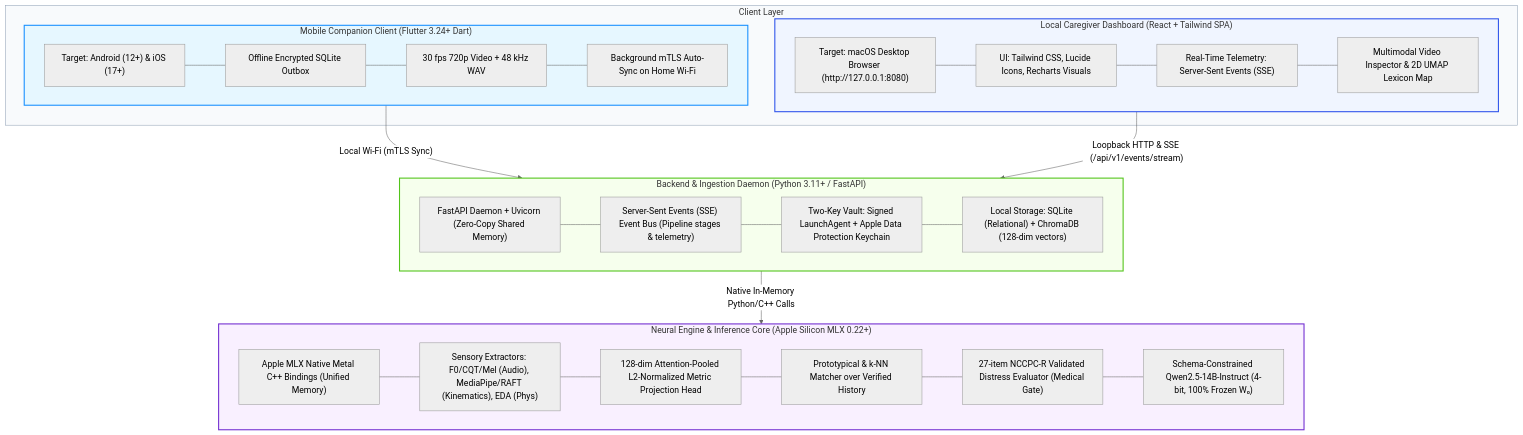
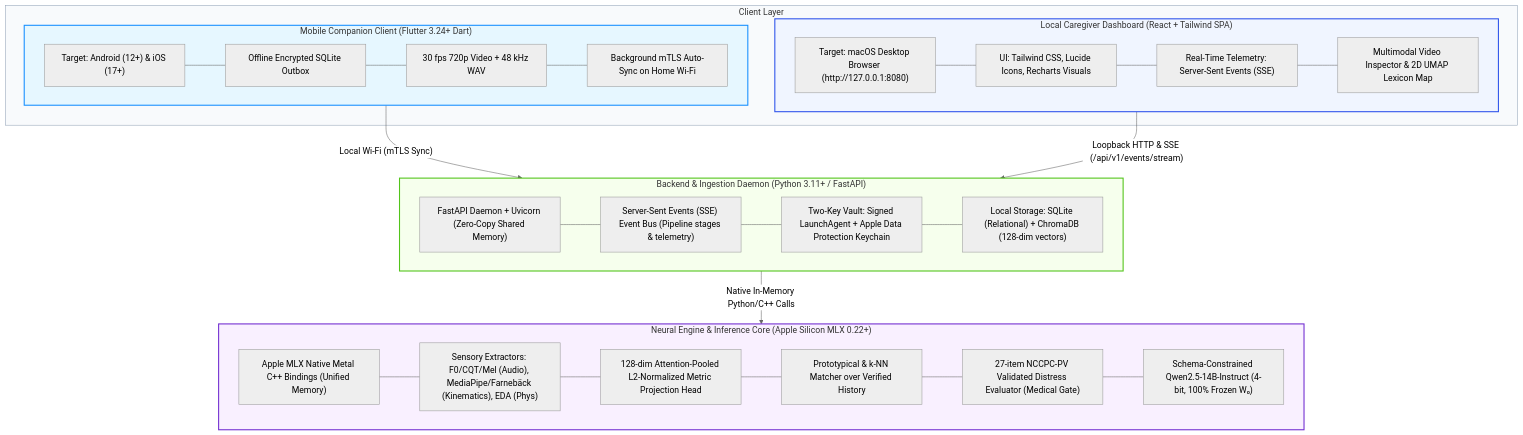
Before and after one commit to olostan/project_n: the first of 4 diagrams in SPECS.md, drawn with Mermaid (neutral theme). The commit also changed other lines of this file and 10 other files, not shown here.

````diff
--- a/SPECS.md
+++ b/SPECS.md
@@ -9,48 +9,48 @@
 ```mermaid
 graph TD
     subgraph Clients ["Client Layer"]
         subgraph MobileApp ["Mobile Companion Client (Flutter 3.24+ Dart)"]
             Mobile_OS["Target: Android (12+) & iOS (17+)"]
             Mobile_Outbox["Offline Encrypted SQLite Outbox"]
             Mobile_Capture["30 fps 720p Video + 48 kHz WAV"]
             Mobile_Sync["Background mTLS Auto-Sync on Home Wi-Fi"]
             Mobile_OS --- Mobile_Outbox --- Mobile_Capture --- Mobile_Sync
         end
 
         subgraph DashboardApp ["Local Caregiver Dashboard (React + Tailwind SPA)"]
             Dash_Target["Target: macOS Desktop Browser (http://127.0.0.1:8080)"]
             Dash_UI["UI: Tailwind CSS, Lucide Icons, Recharts Visuals"]
             Dash_SSE["Real-Time Telemetry: Server-Sent Events (SSE)"]
             Dash_Inspector["Multimodal Video Inspector & 2D UMAP Lexicon Map"]
             Dash_Target --- Dash_UI --- Dash_SSE --- Dash_Inspector
         end
     end
 
     subgraph BackendDaemon ["Backend & Ingestion Daemon (Python 3.11+ / FastAPI)"]
         Daemon_Core["FastAPI Daemon + Uvicorn (Zero-Copy Shared Memory)"]
         Daemon_SSE["Server-Sent Events (SSE) Event Bus (Pipeline stages & telemetry)"]
         Daemon_Vault["Two-Key Vault: Signed LaunchAgent + Apple Data Protection Keychain"]
         Daemon_Storage["Local Storage: SQLite (Relational) + ChromaDB (128-dim vectors)"]
         Daemon_Core --- Daemon_SSE --- Daemon_Vault --- Daemon_Storage
     end
 
     subgraph NeuralCore ["Neural Engine & Inference Core (Apple Silicon MLX 0.22+)"]
         MLX_Metal["Apple MLX Native Metal C++ Bindings (Unified Memory)"]
-        MLX_Sensory["Sensory Extractors: F0/CQT/Mel (Audio), MediaPipe/RAFT (Kinematics), EDA (Phys)"]
+        MLX_Sensory["Sensory Extractors: F0/CQT/Mel (Audio), MediaPipe/Farnebäck (Kinematics), EDA (Phys)"]
         MLX_Metric["128-dim Attention-Pooled L2-Normalized Metric Projection Head"]
         MLX_Matcher["Prototypical & k-NN Matcher over Verified History"]
-        MLX_Safety["27-item NCCPC-R Validated Distress Evaluator (Medical Gate)"]
+        MLX_Safety["27-item NCCPC-PV Validated Distress Evaluator (Medical Gate)"]
         MLX_Renderer["Schema-Constrained Qwen2.5-14B-Instruct (4-bit, 100% Frozen W₀)"]
         MLX_Metal --- MLX_Sensory --- MLX_Metric --- MLX_Matcher --- MLX_Safety --- MLX_Renderer
     end
 
     MobileApp -->|"Local Wi-Fi (mTLS Sync)"| BackendDaemon
     DashboardApp -->|"Loopback HTTP & SSE (/api/v1/events/stream)"| BackendDaemon
     BackendDaemon -->|"Native In-Memory Python/C++ Calls"| NeuralCore
 
     style Clients fill:#f8fafc,stroke:#94a3b8,stroke-width:1px
     style MobileApp fill:#e6f7ff,stroke:#1890ff,stroke-width:2px
     style DashboardApp fill:#f0f5ff,stroke:#2f54eb,stroke-width:2px
     style BackendDaemon fill:#f6ffed,stroke:#52c41a,stroke-width:2px
     style NeuralCore fill:#f9f0ff,stroke:#722ed1,stroke-width:2px
 ```
````
